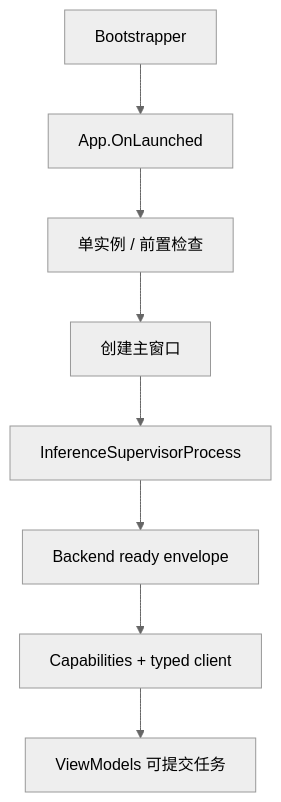
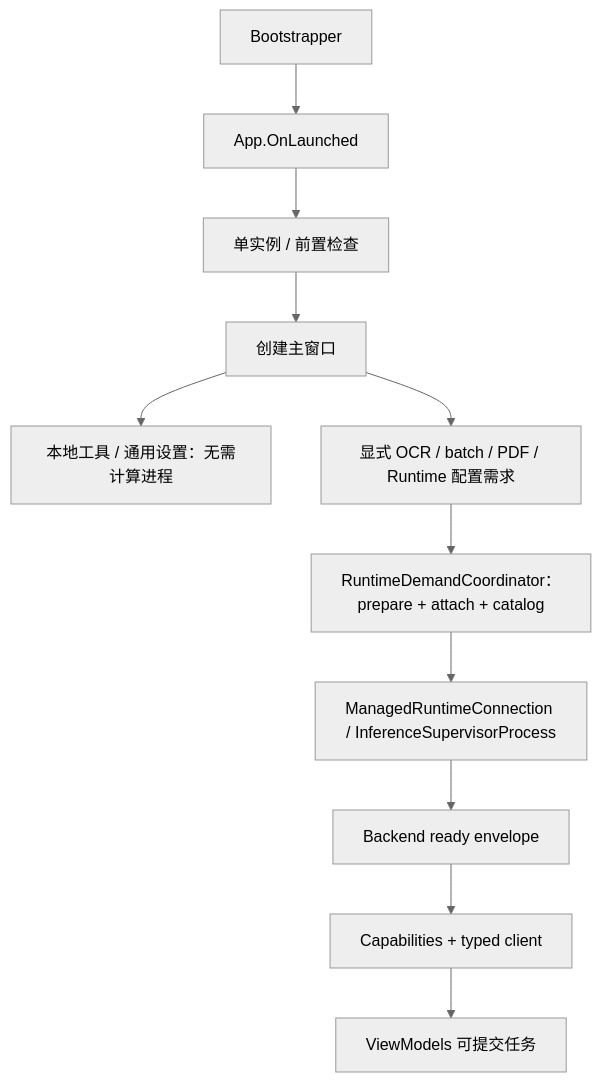
Before and after one commit to FelixJI/vibeocr-next: the first of 2 diagrams in docs/source-reading-guide.md, drawn with Mermaid (neutral theme). The commit also changed other lines of this file and 40 other files, not shown here.

````diff
--- a/docs/source-reading-guide.md
+++ b/docs/source-reading-guide.md
@@ -87,10 +87,13 @@
 ```mermaid
 flowchart TD
     A["Bootstrapper"] --> B["App.OnLaunched"]
     B --> C["单实例 / 前置检查"]
     C --> D["创建主窗口"]
-    D --> E["InferenceSupervisorProcess"]
+    D --> P["本地工具 / 通用设置：无需计算进程"]
+    D --> Q["显式 OCR / batch / PDF / Runtime 配置需求"]
+    Q --> R["RuntimeDemandCoordinator：prepare + attach + catalog"]
+    R --> E["ManagedRuntimeConnection / InferenceSupervisorProcess"]
     E --> F["Backend ready envelope"]
     F --> G["Capabilities + typed client"]
     G --> H["ViewModels 可提交任务"]
 ```
````
